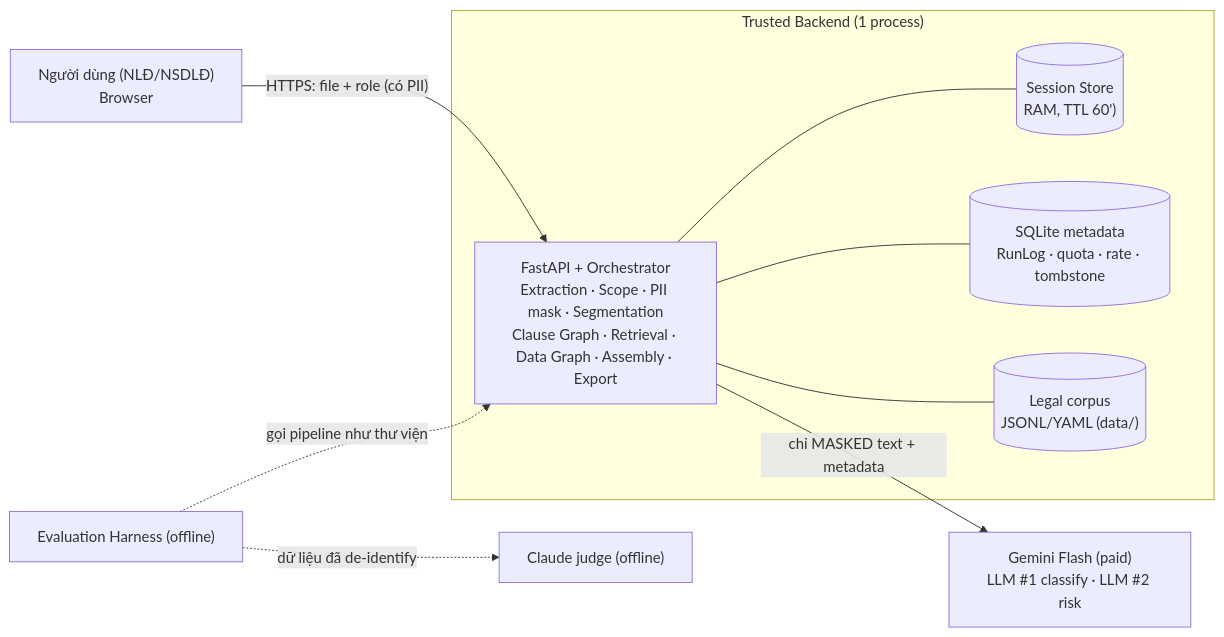
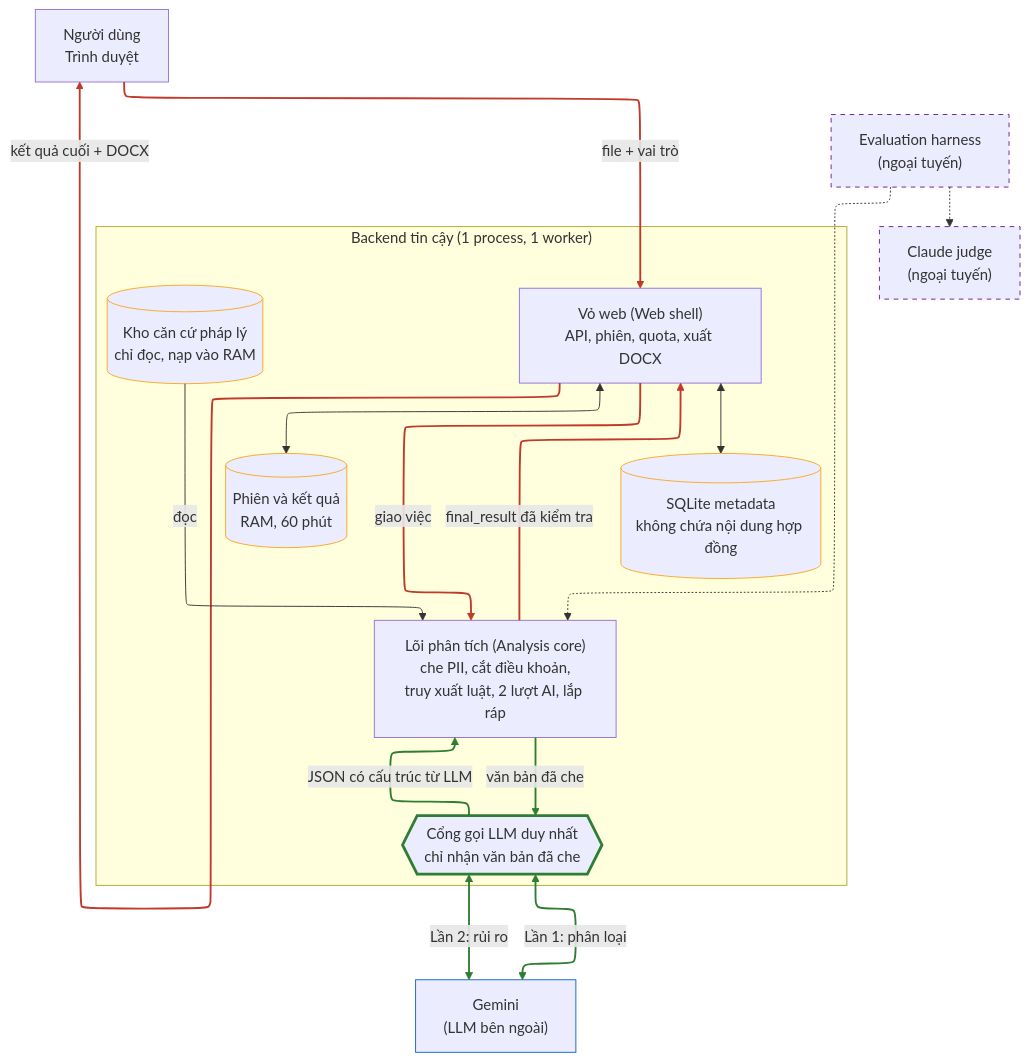
One commit to sosadsonar/ai-contract-risk-analyzer-pipeline changed the first of 3 diagrams in ARCHITECTURE.md. Above: the diagram before and after it, drawn with Mermaid. The commit also changed other lines of this file and 126 other files, not shown here.

````diff
--- a/ARCHITECTURE.md
+++ b/ARCHITECTURE.md
@@ -21,16 +21,48 @@
 ```mermaid
-flowchart LR
-  U["Người dùng (NLĐ/NSDLĐ)<br/>Browser"] -- "HTTPS: file + role (có PII)" --> BE
-  subgraph TB["Trusted Backend (1 process)"]
-    BE["FastAPI + Orchestrator<br/>Extraction · Scope · PII mask · Segmentation<br/>Clause Graph · Retrieval · Data Graph · Assembly · Export"]
-    MEM[("Session Store<br/>RAM, TTL 60')")]
-    SQL[("SQLite metadata<br/>RunLog · quota · rate · tombstone")]
-    COR[("Legal corpus<br/>JSONL/YAML (data/)")]
-    BE --- MEM
-    BE --- SQL
-    BE --- COR
+---
+config:
+  layout: elk
+---
+%%{init: {"flowchart": {"nodeSpacing": 60, "rankSpacing": 70}}}%%
+flowchart TB
+  U["Người dùng<br/>Trình duyệt"]
+
+  subgraph BE["Backend tin cậy (1 process, 1 worker)"]
+    SHELL["Vỏ web (Web shell)<br/>API, phiên, quota, xuất DOCX"]
+    CORE["Lõi phân tích (Analysis core)<br/>che PII, cắt điều khoản,<br/>truy xuất luật, 2 lượt AI, lắp ráp"]
+    GATE{{"Cổng gọi LLM duy nhất<br/>chỉ nhận văn bản đã che"}}
+    MEM[("Phiên và kết quả<br/>RAM, 60 phút")]
+    SQL[("SQLite metadata<br/>không chứa nội dung hợp đồng")]
+    COR[("Kho căn cứ pháp lý<br/>chỉ đọc, nạp vào RAM")]
   end
-  BE -- "chỉ MASKED text + metadata" --> G["Gemini Flash (paid)<br/>LLM #1 classify · LLM #2 risk"]
-  EV["Evaluation Harness (offline)"] -. "gọi pipeline như thư viện" .-> BE
-  EV -. "dữ liệu đã de-identify" .-> J["Claude judge (offline)"]
+
+  G["Gemini<br/>(LLM bên ngoài)"]
+  EV["Evaluation harness<br/>(ngoại tuyến)"]
+  J["Claude judge<br/>(ngoại tuyến)"]
+
+  U -->|"file + vai trò"| SHELL
+  SHELL -->|"kết quả cuối + DOCX"| U
+  SHELL -->|"giao việc"| CORE
+  CORE -->|"final_result đã kiểm tra"| SHELL
+  CORE -->|"văn bản đã che"| GATE
+  GATE -->|"JSON có cấu trúc từ LLM"| CORE
+  GATE <-->|"Lần 1: phân loại"| G
+  GATE <-->|"Lần 2: rủi ro"| G
+  SHELL <--> MEM
+  SHELL <--> SQL
+  COR -->|"đọc"| CORE
+  EV -.-> CORE
+  EV -.-> J
+
+  linkStyle 0,1,2,3 stroke:#c0392b,stroke-width:2px
+  linkStyle 4,5,6,7 stroke:#2e7d32,stroke-width:2px
+
+  classDef gate stroke:#2e7d32,stroke-width:3px
+  classDef ext stroke:#1565c0
+  classDef store stroke:#f9a825
+  classDef offline stroke:#6a1b9a,stroke-dasharray:5 5
+  class GATE gate
+  class G ext
+  class MEM,SQL,COR store
+  class EV,J offline
 ```
````
